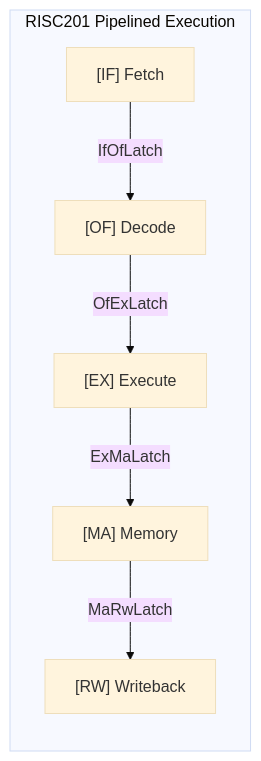
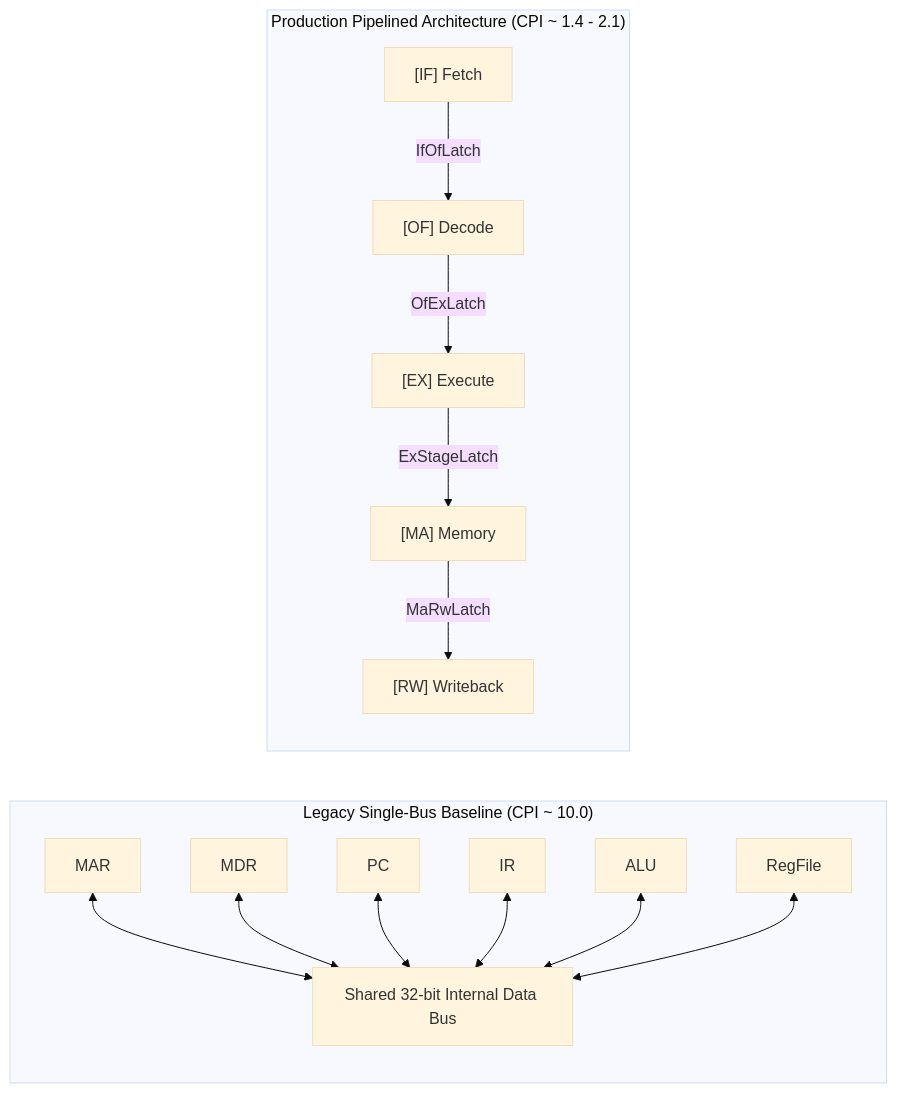
One commit to garv-iitr/Monolith changed the second of 3 diagrams in docs/architecture.md. Above: the diagram before and after it, drawn with Mermaid (base theme). The commit also changed other lines of this file and 7 other files, not shown here.

````diff
--- a/docs/architecture.md
+++ b/docs/architecture.md
@@ -41,9 +71,19 @@
 ```mermaid
 graph LR
-    subgraph Pipelined [" RISC201 Pipelined Execution "]
-        IF["[IF] Fetch"] -->|"IfOfLatch"| OF["[OF] Decode"]
-        OF -->|"OfExLatch"| EX["[EX] Execute"]
-        EX -->|"ExMaLatch"| MA["[MA] Memory"]
-        MA -->|"MaRwLatch"| RW["[RW] Writeback"]
+    subgraph SingleBus [" Legacy Single-Bus Baseline (CPI ~ 10.0) "]
+        BUS["Shared 32-bit Internal Data Bus"]
+        MAR["MAR"] <--> BUS
+        MDR["MDR"] <--> BUS
+        PC_L["PC"] <--> BUS
+        IR_L["IR"] <--> BUS
+        ALU_L["ALU"] <--> BUS
+        RF_L["RegFile"] <--> BUS
+    end
+
+    subgraph PipelinedDatapath [" Production Pipelined Architecture (CPI ~ 1.4 - 2.1) "]
+        IF_P["[IF] Fetch"] -->|"IfOfLatch"| OF_P["[OF] Decode"]
+        OF_P -->|"OfExLatch"| EX_P["[EX] Execute"]
+        EX_P -->|"ExStageLatch"| MA_P["[MA] Memory"]
+        MA_P -->|"MaRwLatch"| RW_P["[RW] Writeback"]
     end
 ```
````
